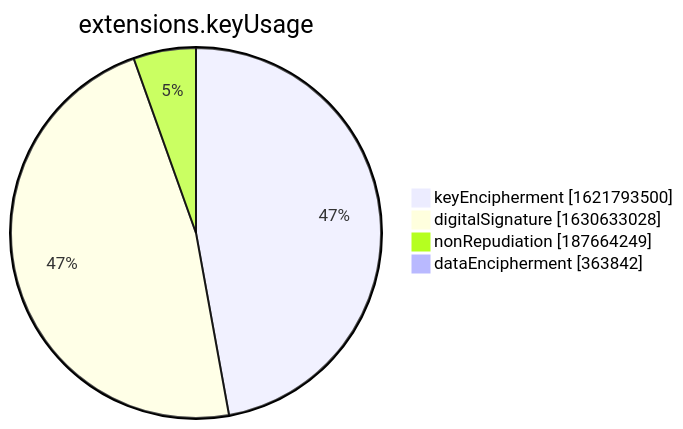
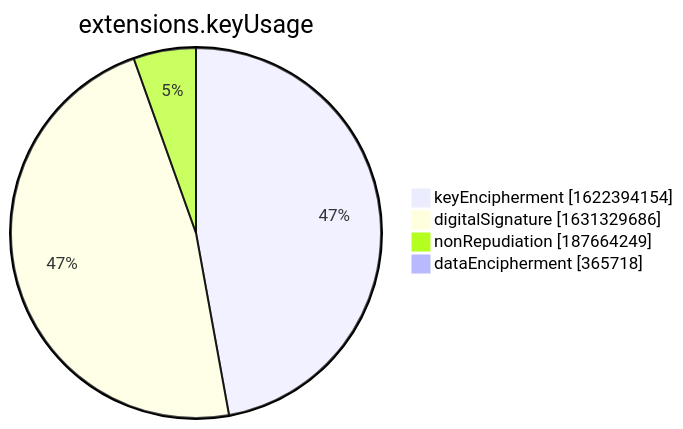
Before and after one commit to christiankrug/ctmonitor_visualization: the seventh of 15 diagrams in xenon2022/README.md, drawn with Mermaid. The commit also changed other lines of this file, not shown here.

````diff
--- a/xenon2022/README.md
+++ b/xenon2022/README.md
@@ -2855,8 +2855,8 @@
 ```mermaid
 pie showData
 title extensions.keyUsage
-"keyEncipherment" :1621793500
-"digitalSignature" :1630633028
+"keyEncipherment" :1622394154
+"digitalSignature" :1631329686
 "nonRepudiation" :187664249
-"dataEncipherment" :363842
+"dataEncipherment" :365718
 ```
````
